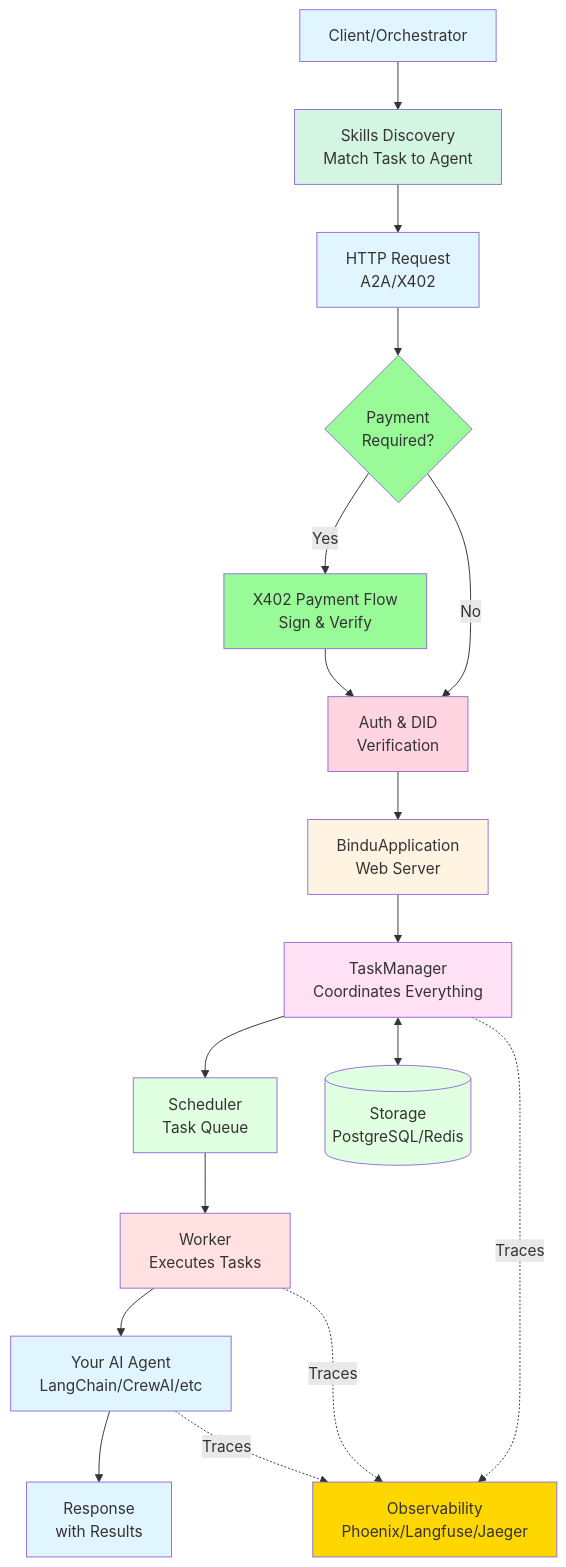
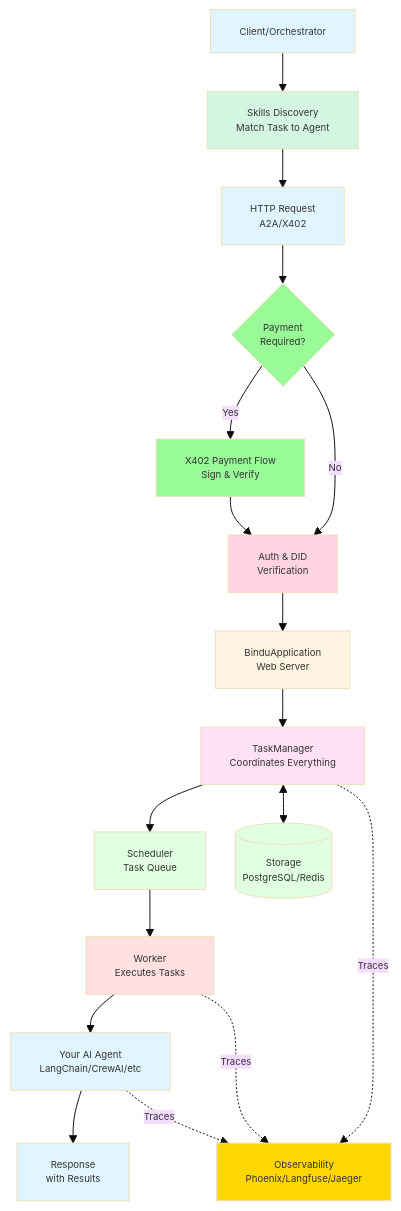
One commit to raahulrahl/docs changed the first of 2 diagrams in bindu/introduction/key-concepts.mdx. Above: the diagram before and after it, drawn with Mermaid. The commit also changed other lines of this file and 13 other files, not shown here.

First line of the commit message:
feat: update API port and enhance architecture documentation

````diff
--- a/bindu/introduction/key-concepts.mdx
+++ b/bindu/introduction/key-concepts.mdx
@@ -7,43 +7,44 @@
 ```mermaid
+%%{init: {'theme':'base', 'themeVariables': { 'fontSize':'10px'}, 'flowchart':{'nodeSpacing': 30, 'rankSpacing': 40}}}%%
 graph TB
     Client[Client/Orchestrator] --> Discovery[Skills Discovery<br/>Match Task to Agent]
     
     Discovery --> Request[HTTP Request<br/>A2A/X402]
     
     Request --> Payment{Payment<br/>Required?}
     Payment -->|Yes| PayFlow[X402 Payment Flow<br/>Sign & Verify]
     Payment -->|No| Auth[Auth & DID<br/>Verification]
     PayFlow --> Auth
     
     Auth --> Server[BinduApplication<br/>Web Server]
     
     Server --> Manager[TaskManager<br/>Coordinates Everything]
     
     Manager --> Queue[Scheduler<br/>Task Queue]
     Manager <--> Storage[(Storage<br/>PostgreSQL/Redis)]
     
     Queue --> Worker[Worker<br/>Executes Tasks]
     
     Worker --> Agent[Your AI Agent<br/>LangChain/CrewAI/etc]
     
     Agent --> Response[Response<br/>with Results]
     
     Manager -.Traces.-> Observability[Observability<br/>Phoenix/Langfuse/Jaeger]
     Worker -.Traces.-> Observability
     Agent -.Traces.-> Observability
     
     style Client fill:#e1f5ff
     style Discovery fill:#d4f5e1
     style Request fill:#e1f5ff
     style Payment fill:#98fb98
     style PayFlow fill:#98fb98
     style Auth fill:#ffd4e1
     style Server fill:#fff4e1
     style Manager fill:#ffe1f5
     style Queue fill:#e1ffe1
     style Worker fill:#ffe1e1
     style Agent fill:#e1f5ff
     style Response fill:#e1f5ff
     style Storage fill:#e1ffe1
     style Observability fill:#ffd700
 ```
````
